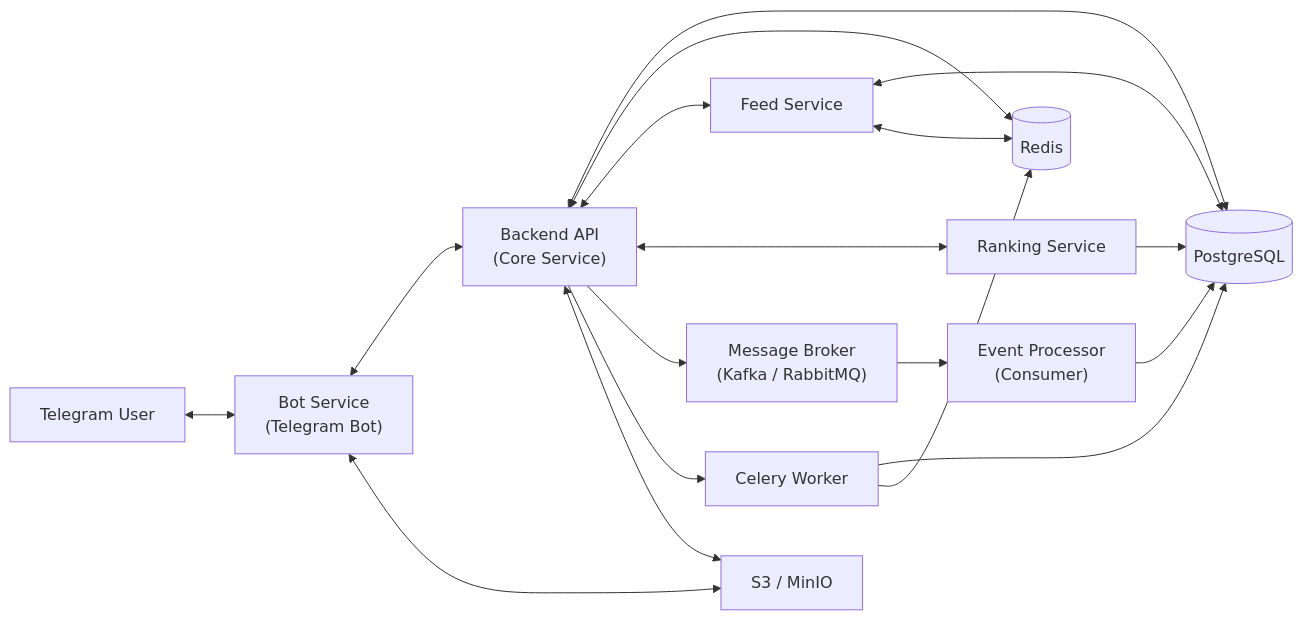
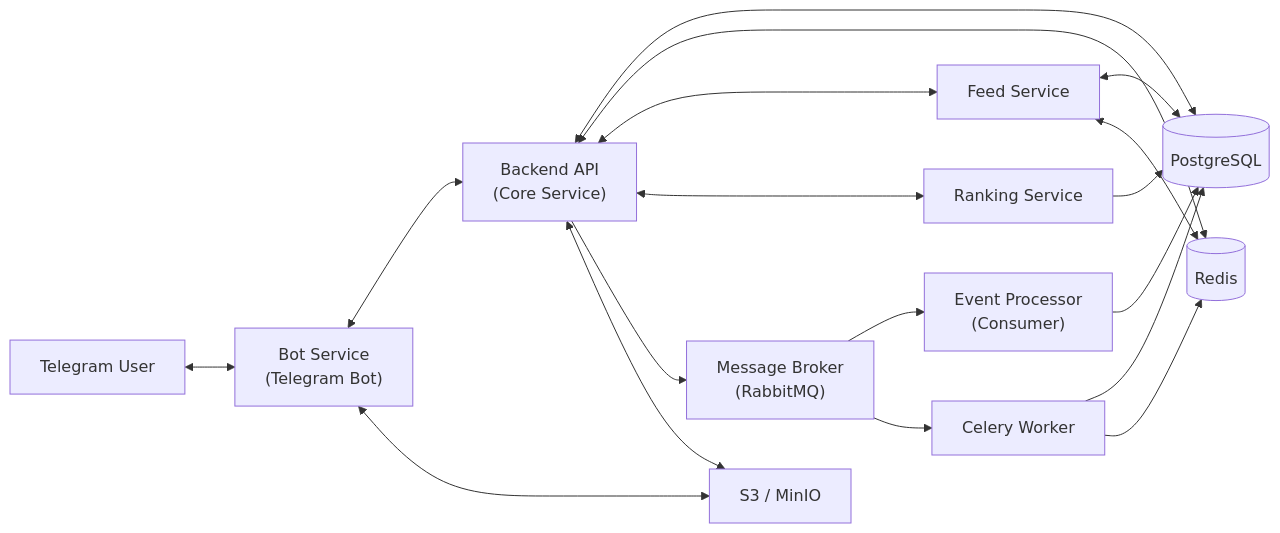
The diagram in ARCHITECTURE.md (wrnass1/dating-bot), drawn with Mermaid before and after one commit.

````diff
--- a/ARCHITECTURE.md
+++ b/ARCHITECTURE.md
@@ -1,44 +1,44 @@
 ```mermaid
 flowchart LR
 
 User["Telegram User"]
 
 Bot["Bot Service\n(Telegram Bot)"]
 API["Backend API\n(Core Service)"]
 
 DB[(PostgreSQL)]
 Cache[(Redis)]
 
 Worker["Celery Worker"]
-Queue["Message Broker\n(Kafka / RabbitMQ)"]
+Queue["Message Broker\n(RabbitMQ)"]
 
 EventService["Event Processor\n(Consumer)"]
 Ranking["Ranking Service"]
 Feed["Feed Service"]
 
 Storage["S3 / MinIO"]
 
 User <--> Bot
 Bot <--> API
 
 API <--> DB
 API <--> Cache
 
 API <--> Feed
 Feed <--> DB
 Feed <--> Cache
 
 API <--> Ranking
 Ranking --> DB
 
 API --> Queue
 Queue --> EventService
 EventService --> DB
 
-API --> Worker
+Queue --> Worker
 Worker --> DB
 Worker --> Cache
 
 API <--> Storage
 Bot <--> Storage
 ```
````
